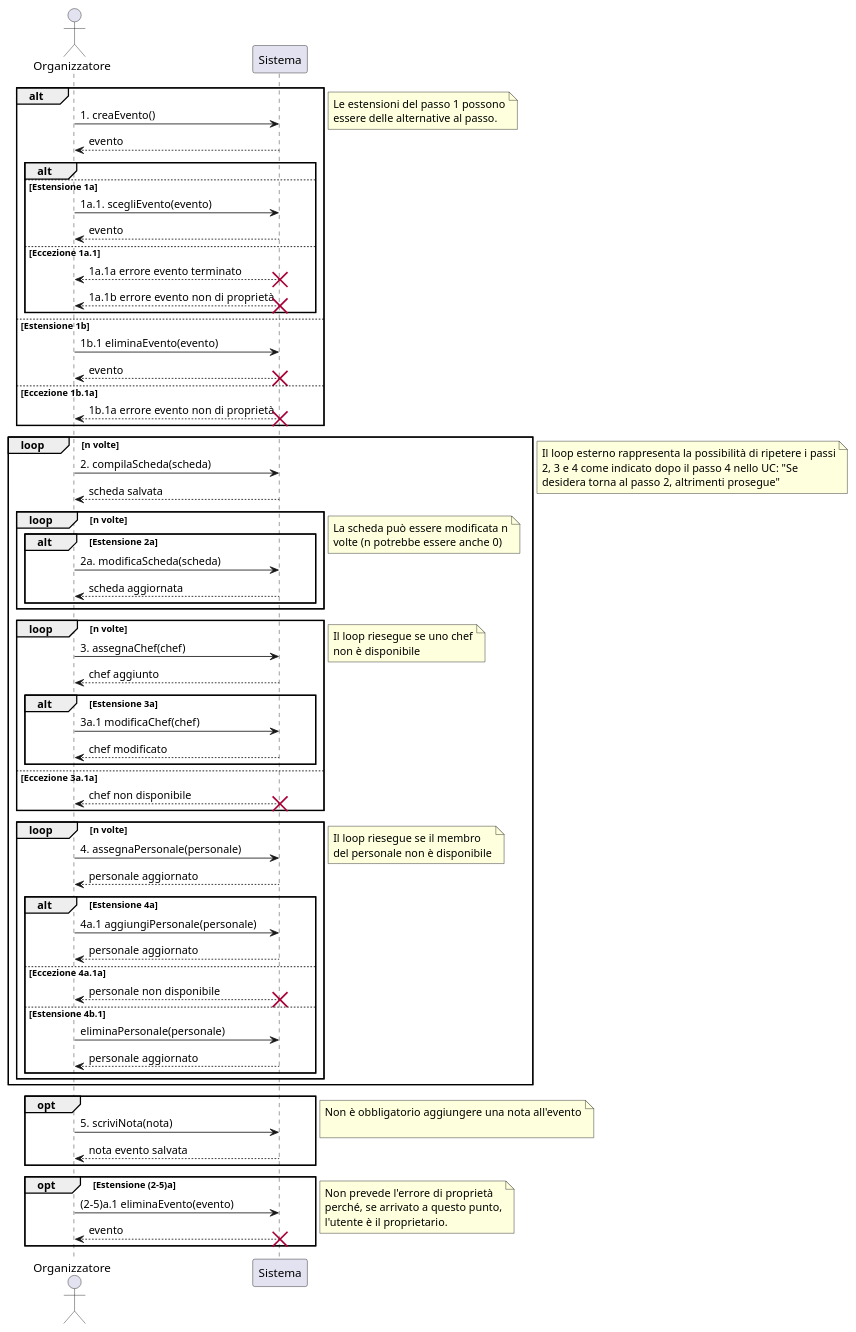
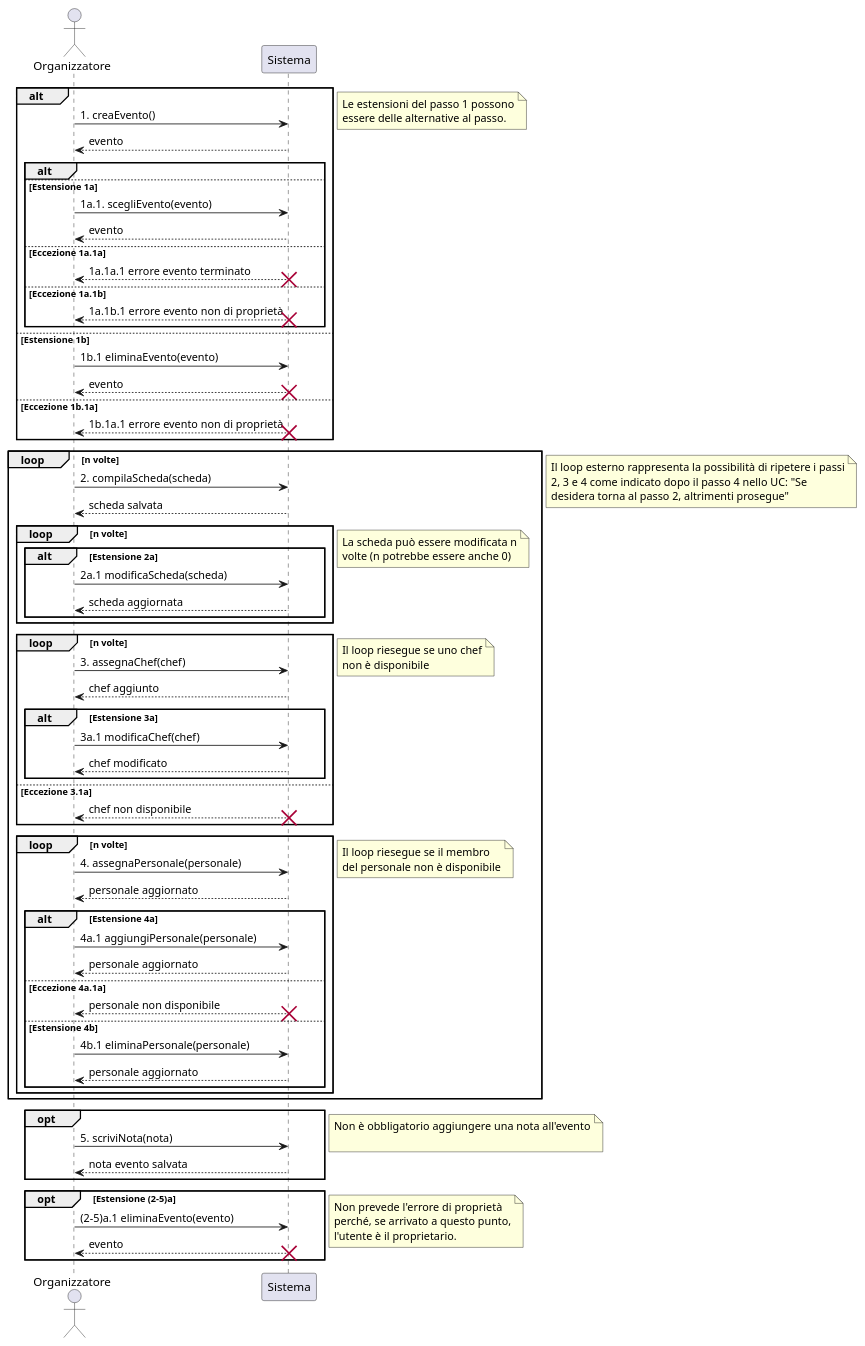
One commit to m0canu1/sas changed the diagram in ssd/ssd-gestire-eventi.md. Above: the diagram before and after it, drawn with PlantUML. The commit also changed 14 other files, not shown here.

````diff
--- a/ssd/ssd-gestire-eventi.md
+++ b/ssd/ssd-gestire-eventi.md
@@ -1,81 +1,82 @@
 ```plantuml
 actor Organizzatore
 participant Sistema
 
 alt
 	Organizzatore -> Sistema : 1. creaEvento()
 	Sistema --> Organizzatore : evento 
 	alt
 		else Estensione 1a
 			Organizzatore -> Sistema : 1a.1. scegliEvento(evento)
 			Sistema --> Organizzatore : evento
-		else Eccezione 1a.1
-			'Organizzatore -> Sistema : 1a.1 scegliEvento(evento)
-			Sistema --> Organizzatore : 1a.1a errore evento terminato
+		else Eccezione 1a.1a
+			'Organizzatore -> Sistema : 1a.1a scegliEvento(evento)
+			Sistema --> Organizzatore : 1a.1a.1 errore evento terminato
 			destroy Sistema
-			Sistema --> Organizzatore : 1a.1b errore evento non di proprietà
+        else Eccezione 1a.1b
+			Sistema --> Organizzatore : 1a.1b.1 errore evento non di proprietà
 			destroy Sistema
 	end
 	else Estensione 1b 
 		Organizzatore -> Sistema : 1b.1 eliminaEvento(evento)
 		Sistema --> Organizzatore: evento
 		destroy Sistema
 	else Eccezione 1b.1a
-		Sistema --> Organizzatore : 1b.1a errore evento non di proprietà
+		Sistema --> Organizzatore : 1b.1a.1 errore evento non di proprietà
 		destroy Sistema
 
 end
 note right: Le estensioni del passo 1 possono\nessere delle alternative al passo.
 loop n volte
 	Organizzatore -> Sistema : 2. compilaScheda(scheda)
 		Sistema --> Organizzatore : scheda salvata
 	loop n volte
 		alt Estensione 2a
-			Organizzatore -> Sistema : 2a. modificaScheda(scheda)
+			Organizzatore -> Sistema : 2a.1 modificaScheda(scheda)
 			Sistema --> Organizzatore : scheda aggiornata
 		end
 	end
 		note right: La scheda può essere modificata n\nvolte (n potrebbe essere anche 0)
 
 	loop n volte
 		Organizzatore -> Sistema : 3. assegnaChef(chef)
 			Sistema --> Organizzatore : chef aggiunto	
 		alt Estensione 3a
 			Organizzatore -> Sistema: 3a.1 modificaChef(chef)
 			Sistema --> Organizzatore: chef modificato
 		end
-		else Eccezione 3a.1a 
+		else Eccezione 3.1a 
 			Sistema --> Organizzatore : chef non disponibile
 			destroy Sistema
 	end
 	note right: Il loop riesegue se uno chef\nnon è disponibile
 	loop n volte
 		Organizzatore -> Sistema : 4. assegnaPersonale(personale)
 		Sistema --> Organizzatore : personale aggiornato
 		alt Estensione 4a
 			Organizzatore -> Sistema : 4a.1 aggiungiPersonale(personale)
 			Sistema --> Organizzatore : personale aggiornato
 		else Eccezione 4a.1a
 			Sistema --> Organizzatore : personale non disponibile
 			destroy Sistema
-		else Estensione 4b.1
-			Organizzatore -> Sistema : eliminaPersonale(personale)
+		else Estensione 4b
+			Organizzatore -> Sistema : 4b.1 eliminaPersonale(personale)
 			Sistema --> Organizzatore : personale aggiornato
 		end
 	end
 	note right: Il loop riesegue se il membro\ndel personale non è disponibile
 end
 note right: Il loop esterno rappresenta la possibilità di ripetere i passi\n2, 3 e 4 come indicato dopo il passo 4 nello UC: "Se\ndesidera torna al passo 2, altrimenti prosegue"
 opt
 	Organizzatore -> Sistema : 5. scriviNota(nota)
 	Sistema --> Organizzatore : nota evento salvata
 end
 note right: Non è obbligatorio aggiungere una nota all'evento\n
 
 opt Estensione (2-5)a
 	Organizzatore -> Sistema : (2-5)a.1 eliminaEvento(evento)
 	Sistema --> Organizzatore : evento
 	destroy Sistema
 end
 	note right: Non prevede l'errore di proprietà\nperché, se arrivato a questo punto,\nl'utente è il proprietario.
 ```
````
